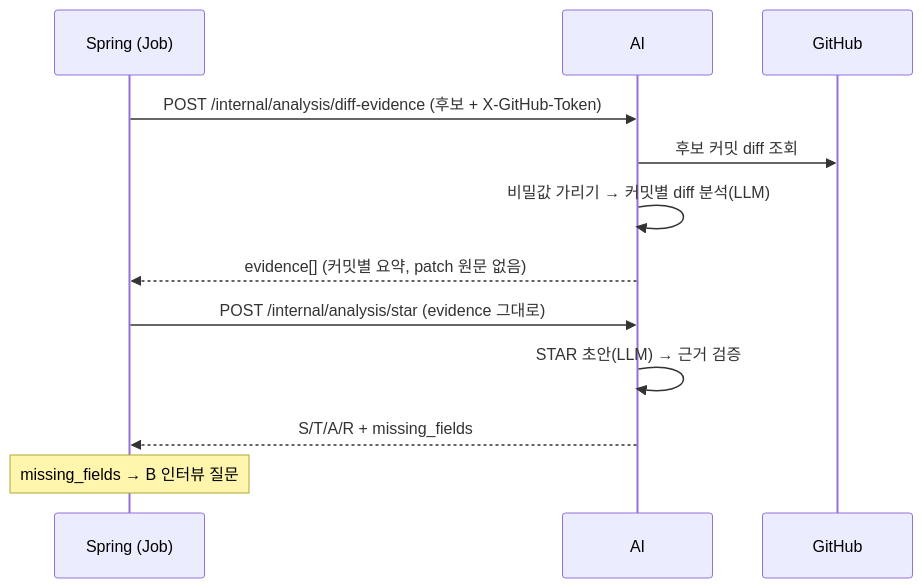
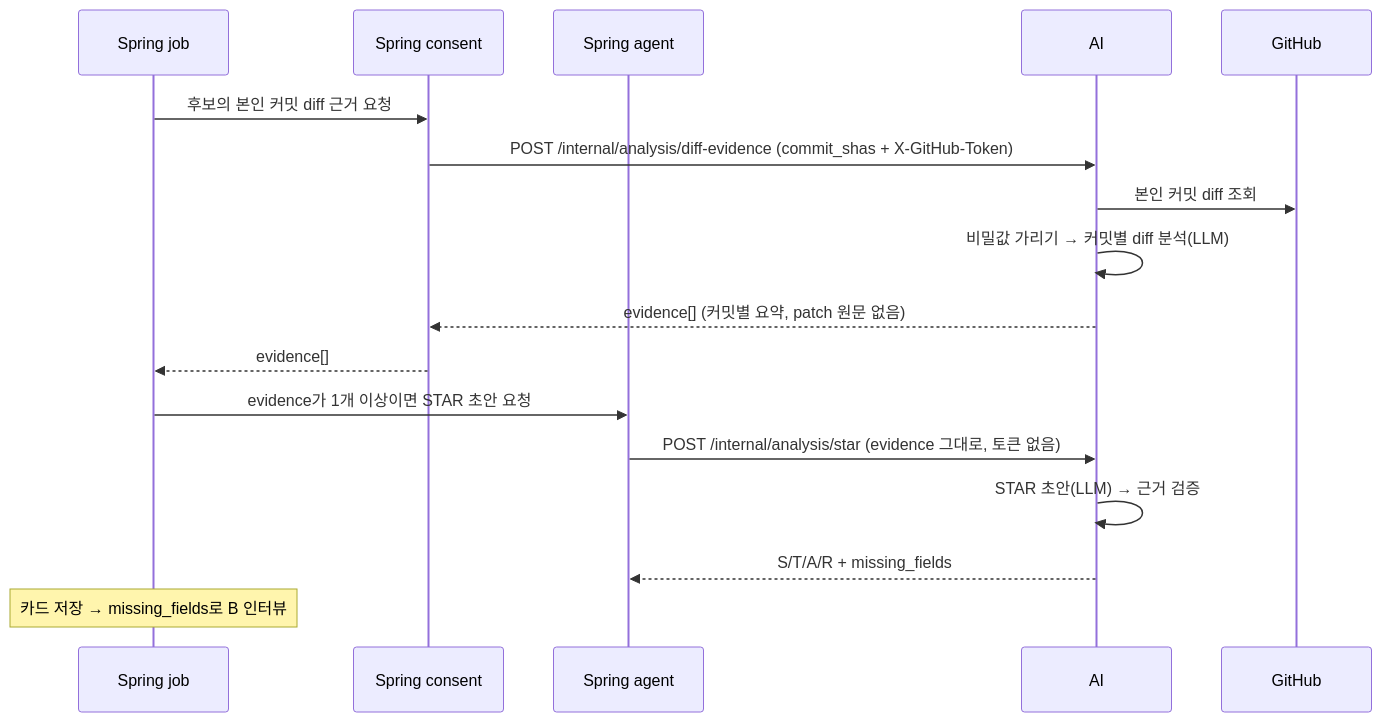
The diagram in docs/AI_DIFF_STAR_INTEGRATION.md (kakaotechcampus-4/ktc4-kyungpook-1), drawn with Mermaid before and after one commit. The commit also changed other lines of this file and 19 other files, not shown here.

First line of the commit message:
fix(ai): diff 근거·STAR 초안 계약 리뷰 반영

````diff
--- a/docs/AI_DIFF_STAR_INTEGRATION.md
+++ b/docs/AI_DIFF_STAR_INTEGRATION.md
@@ -6,14 +7,19 @@
 ```mermaid
 sequenceDiagram
-    participant S as Spring (Job)
+    participant J as Spring job
+    participant C as Spring consent
+    participant G as Spring agent
     participant A as AI
-    participant G as GitHub
-    S->>A: POST /internal/analysis/diff-evidence (후보 + X-GitHub-Token)
-    A->>G: 후보 커밋 diff 조회
+    participant H as GitHub
+    J->>C: 후보의 본인 커밋 diff 근거 요청
+    C->>A: POST /internal/analysis/diff-evidence (commit_shas + X-GitHub-Token)
+    A->>H: 본인 커밋 diff 조회
     A->>A: 비밀값 가리기 → 커밋별 diff 분석(LLM)
-    A-->>S: evidence[] (커밋별 요약, patch 원문 없음)
-    S->>A: POST /internal/analysis/star (evidence 그대로)
+    A-->>C: evidence[] (커밋별 요약, patch 원문 없음)
+    C-->>J: evidence[]
+    J->>G: evidence가 1개 이상이면 STAR 초안 요청
+    G->>A: POST /internal/analysis/star (evidence 그대로, 토큰 없음)
     A->>A: STAR 초안(LLM) → 근거 검증
-    A-->>S: S/T/A/R + missing_fields
-    Note over S: missing_fields → B 인터뷰 질문
+    A-->>G: S/T/A/R + missing_fields
+    Note over J: 카드 저장 → missing_fields로 B 인터뷰
 ```
````
